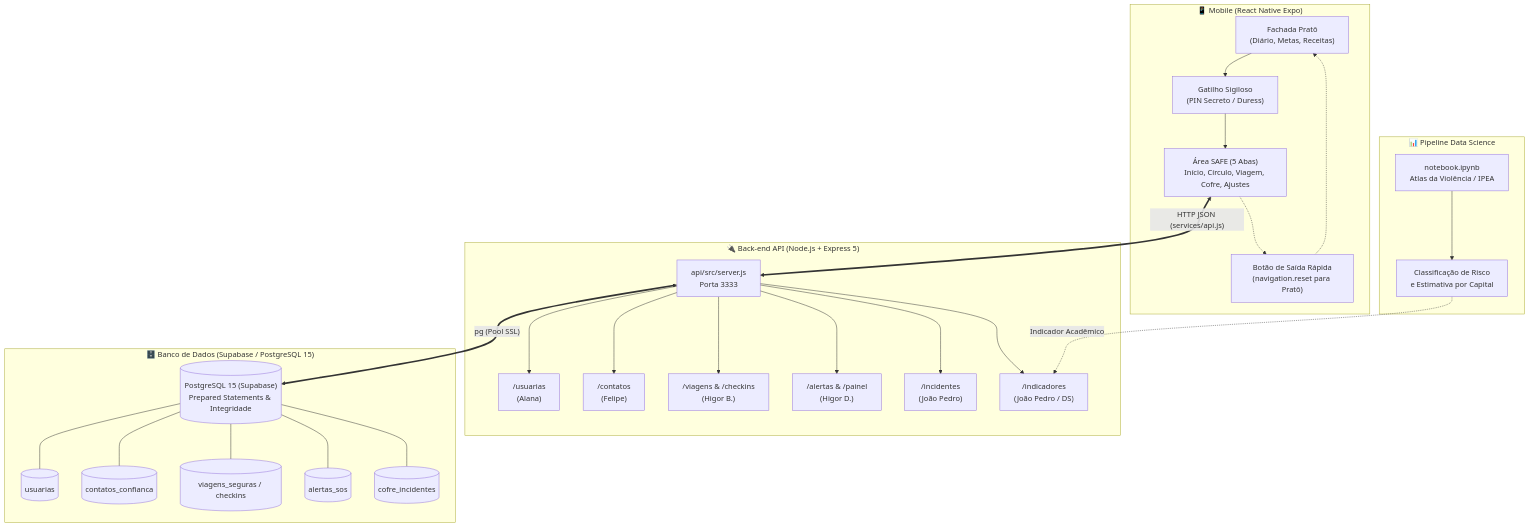
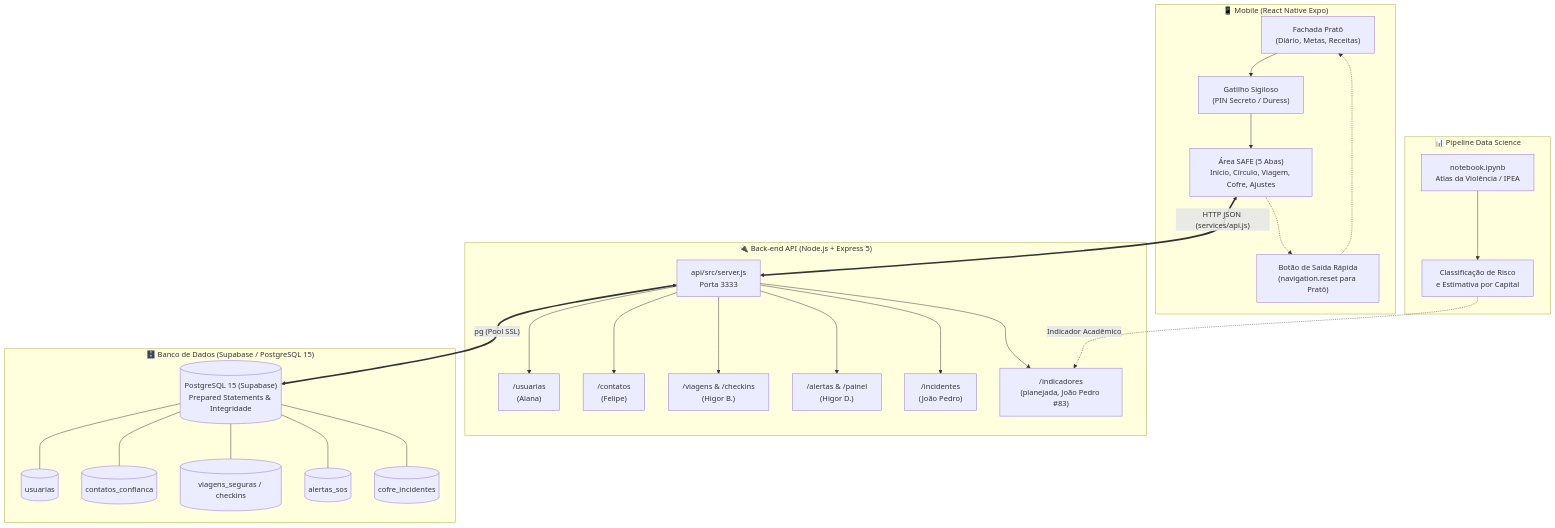
One commit to Trindadefelipe/PratoApp changed the diagram in README.md. Above: the diagram before and after it, drawn with Mermaid. The commit also changed other lines of this file and 3 other files, not shown here.

````diff
--- a/README.md
+++ b/README.md
@@ -42,51 +42,51 @@
 ```mermaid
 flowchart TD
     subgraph Client["📱 Mobile (React Native Expo)"]
         Fachada["Fachada Pratô<br/>(Diário, Metas, Receitas)"]
         Gatilho["Gatilho Sigiloso<br/>(PIN Secreto / Duress)"]
         SafeTabsNav["Área SAFE (5 Abas)<br/>Início, Círculo, Viagem, Cofre, Ajustes"]
         QuickExit["Botão de Saída Rápida<br/>(navigation.reset para Pratô)"]
         Fachada --> Gatilho --> SafeTabsNav
         SafeTabsNav -.-> QuickExit -.-> Fachada
     end
 
     subgraph Backend["🔌 Back-end API (Node.js + Express 5)"]
         Server["api/src/server.js<br/>Porta 3333"]
         R_Usuarias["/usuarias<br/>(Alana)"]
         R_Contatos["/contatos<br/>(Felipe)"]
         R_Viagens["/viagens & /checkins<br/>(Higor B.)"]
         R_Alertas["/alertas & /painel<br/>(Higor D.)"]
         R_Incidentes["/incidentes<br/>(João Pedro)"]
-        R_Indicadores["/indicadores<br/>(João Pedro / DS)"]
+        R_Indicadores["/indicadores<br/>(planejada, João Pedro #83)"]
         Server --> R_Usuarias
         Server --> R_Contatos
         Server --> R_Viagens
         Server --> R_Alertas
         Server --> R_Incidentes
         Server --> R_Indicadores
     end
 
     subgraph Database["🗄️ Banco de Dados (Supabase / PostgreSQL 15)"]
         Postgres[("PostgreSQL 15 (Supabase)<br/>Prepared Statements & Integridade")]
         T_Usuarias[("usuarias")]
         T_Contatos[("contatos_confianca")]
         T_Viagens[("viagens_seguras / checkins")]
         T_Alertas[("alertas_sos")]
         T_Incidentes[("cofre_incidentes")]
         Postgres --- T_Usuarias
         Postgres --- T_Contatos
         Postgres --- T_Viagens
         Postgres --- T_Alertas
         Postgres --- T_Incidentes
     end
 
     subgraph DS["📊 Pipeline Data Science"]
         Notebook["notebook.ipynb<br/>Atlas da Violência / IPEA"]
         Modelo["Classificação de Risco<br/>e Estimativa por Capital"]
         Notebook --> Modelo
     end
 
     SafeTabsNav <==>|"HTTP JSON (services/api.js)"| Server
     Server <==>|"pg (Pool SSL)"| Postgres
     Modelo -.->|"Indicador Acadêmico"| R_Indicadores
 ```
````
